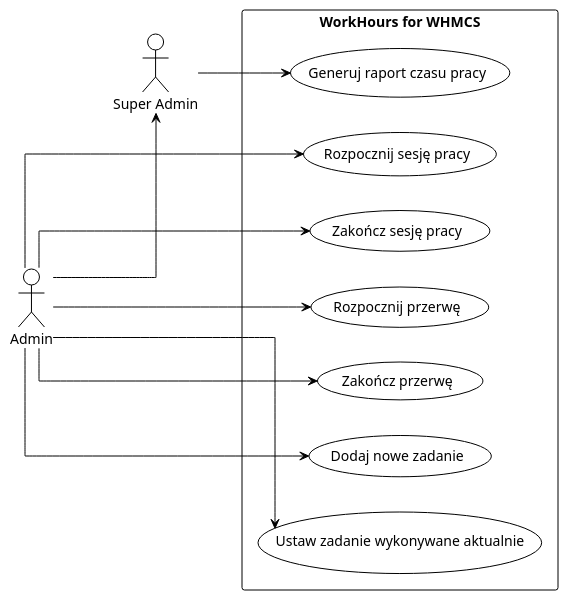
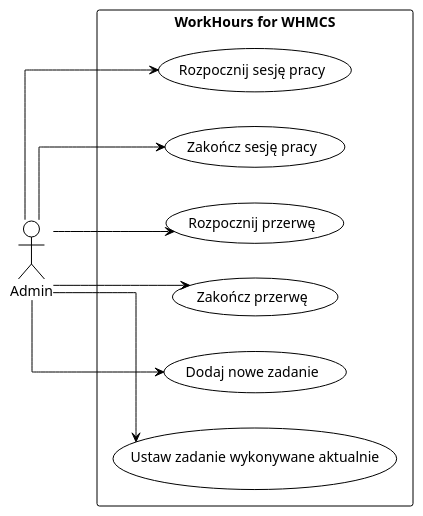
The diagram in documentation/useCaseDiagram.puml (jakubfilip1/workhours-for-whmcs), drawn with PlantUML before and after one commit. The commit also changed 1684 other files, not shown here.

```diff
--- a/documentation/useCaseDiagram.puml
+++ b/documentation/useCaseDiagram.puml
@@ -1,31 +1,25 @@
 @startuml
 
 !theme plain
 left to right direction
 skinparam linetype ortho
 
 actor "Admin" as admin
-actor "Super Admin" as superAdmin
 
 rectangle "WorkHours for WHMCS" {
     usecase "Rozpocznij sesję pracy" as startSession
     usecase "Zakończ sesję pracy" as endSession
     usecase "Rozpocznij przerwę" as startBreak
     usecase "Zakończ przerwę" as endBreak
     usecase "Dodaj nowe zadanie" as addTask
     usecase "Ustaw zadanie wykonywane aktualnie" as setTask
-    usecase "Generuj raport czasu pracy" as generateReport
 
     admin --> startSession
     admin --> endSession
     admin --> startBreak
     admin --> endBreak
     admin --> addTask
     admin --> setTask
-
-    admin --> superAdmin
-
-    superAdmin --> generateReport
 }
 
 @enduml
```
